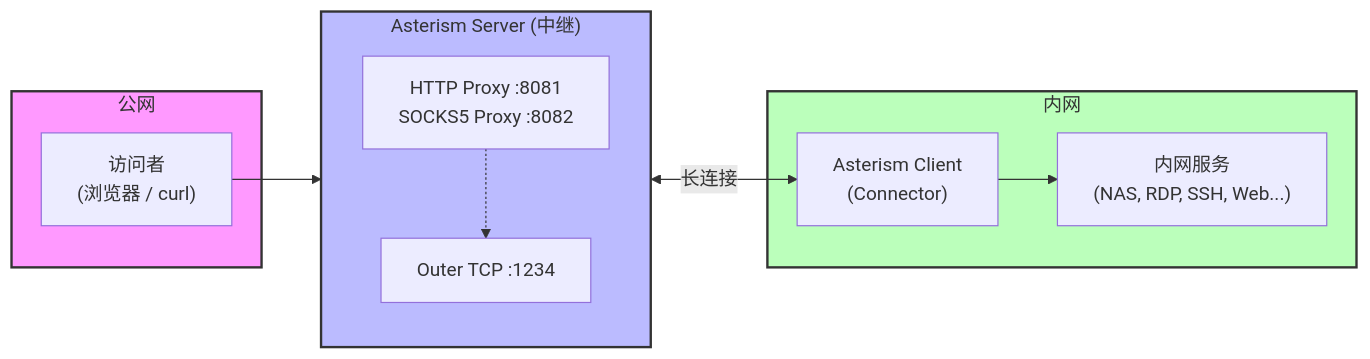
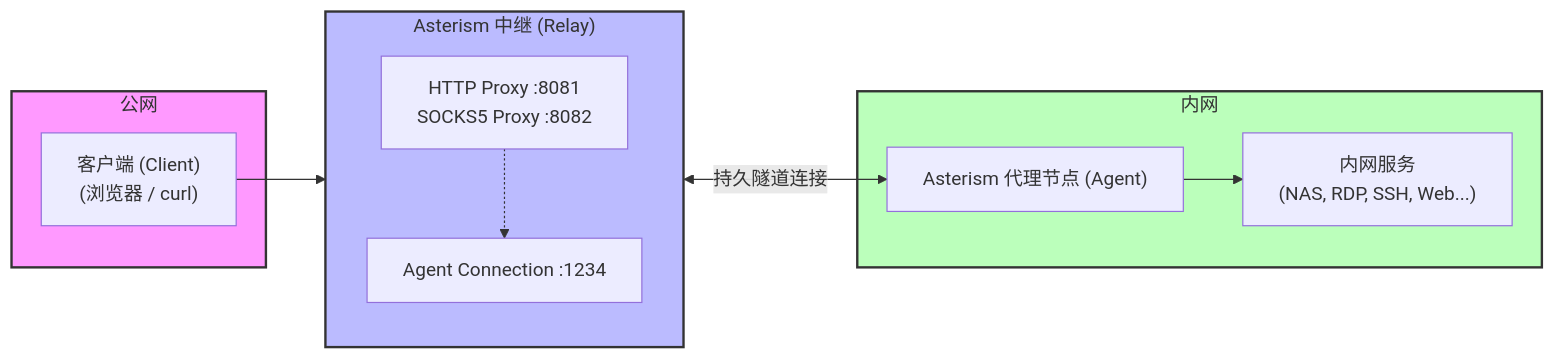
Before and after one commit to sosopop/asterism: the diagram in README_ZH.md, drawn with Mermaid. The commit also changed other lines of this file and 14 other files, not shown here.

First line of the commit message:
Refactor Asterism service to support Relay and Agent modes

````diff
--- a/README_ZH.md
+++ b/README_ZH.md
@@ -23,26 +33,26 @@
 ```mermaid
 graph LR
     subgraph Public_Network [公网]
-        Visitor["访问者<br>(浏览器 / curl)"]
+        Visitor["客户端 (Client)<br>(浏览器 / curl)"]
     end
 
-    subgraph Asterism_Server ["Asterism Server (中继)"]
+    subgraph Asterism_Relay ["Asterism 中继 (Relay)"]
         direction TB
         Proxy["HTTP Proxy :8081<br>SOCKS5 Proxy :8082"]
-        Outer["Outer TCP :1234"]
+        Outer["Agent Connection :1234"]
         Proxy -.-> Outer
     end
 
     subgraph Private_Network [内网]
-        Client["Asterism Client<br>(Connector)"]
+        Agent["Asterism 代理节点 (Agent)"]
         Services["内网服务<br>(NAS, RDP, SSH, Web...)"]
     end
 
     Visitor --> Proxy
-    Outer <-->|长连接| Client
-    Client --> Services
+    Outer <-->|持久隧道连接| Agent
+    Agent --> Services
 
     style Public_Network fill:#f9f,stroke:#333,stroke-width:2px
-    style Asterism_Server fill:#bbf,stroke:#333,stroke-width:2px
+    style Asterism_Relay fill:#bbf,stroke:#333,stroke-width:2px
     style Private_Network fill:#bfb,stroke:#333,stroke-width:2px
 ```
````
